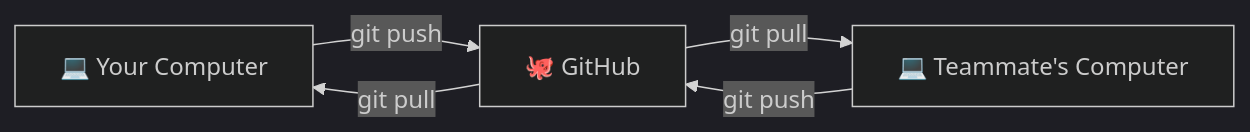
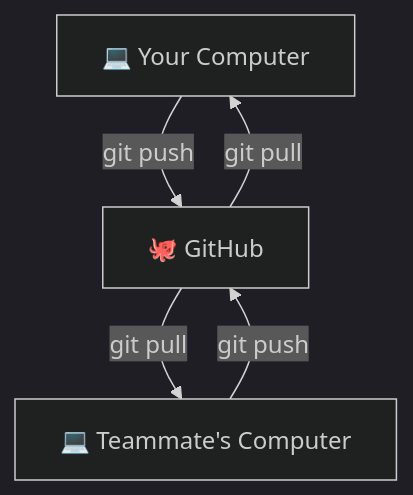
Before and after one commit to nasti-cpu/neural-flight-v2: the first of 4 diagrams in tutorials/github-basics.md, drawn with Mermaid (dark theme). The commit also changed other lines of this file and 5 other files, not shown here.

Commit message:
style: 💄 switch Mermaid diagrams from LR to TD

````diff
--- a/tutorials/github-basics.md
+++ b/tutorials/github-basics.md
@@ -17,7 +17,7 @@
 ```mermaid
-flowchart LR
-    You[💻 Your Computer] -->|git push| GH[🐙 GitHub]
-    GH -->|git pull| You
-    GH -->|git pull| Team[💻 Teammate's Computer]
-    Team -->|git push| GH
+flowchart TD
+    You["💻 Your Computer"] -->|"git push"| GH["🐙 GitHub"]
+    GH -->|"git pull"| You
+    GH -->|"git pull"| Team["💻 Teammate's Computer"]
+    Team -->|"git push"| GH
 ```
````
